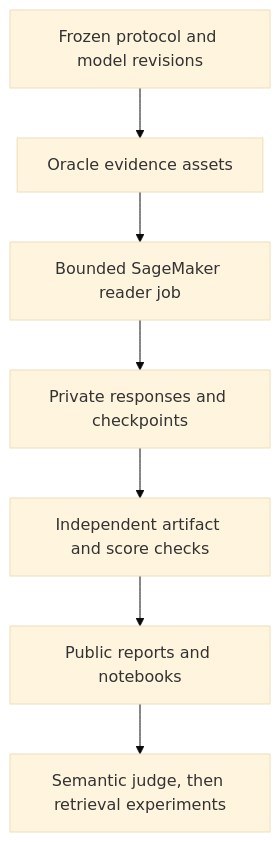
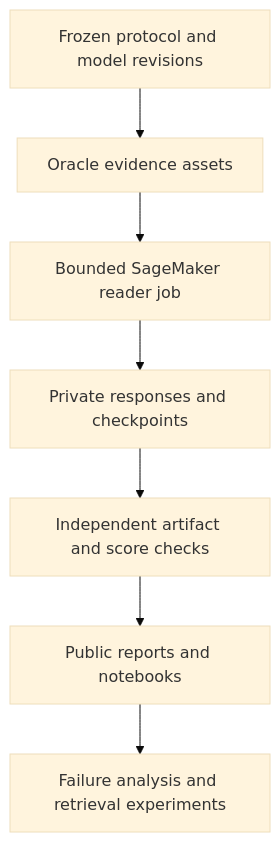
Before and after one commit to alvaromendizabal/lava-aws-multilingual-docvqa: the diagram in README.md, drawn with Mermaid (base theme). The commit also changed other lines of this file and 13 other files, not shown here.

````diff
--- a/README.md
+++ b/README.md
@@ -58,9 +71,9 @@
 ```mermaid
 flowchart TD
     A["Frozen protocol and model revisions"] --> B["Oracle evidence assets"]
     B --> C["Bounded SageMaker reader job"]
     C --> D["Private responses and checkpoints"]
     D --> E["Independent artifact and score checks"]
     E --> F["Public reports and notebooks"]
-    F --> G["Semantic judge, then retrieval experiments"]
+    F --> G["Failure analysis and retrieval experiments"]
 ```
````
